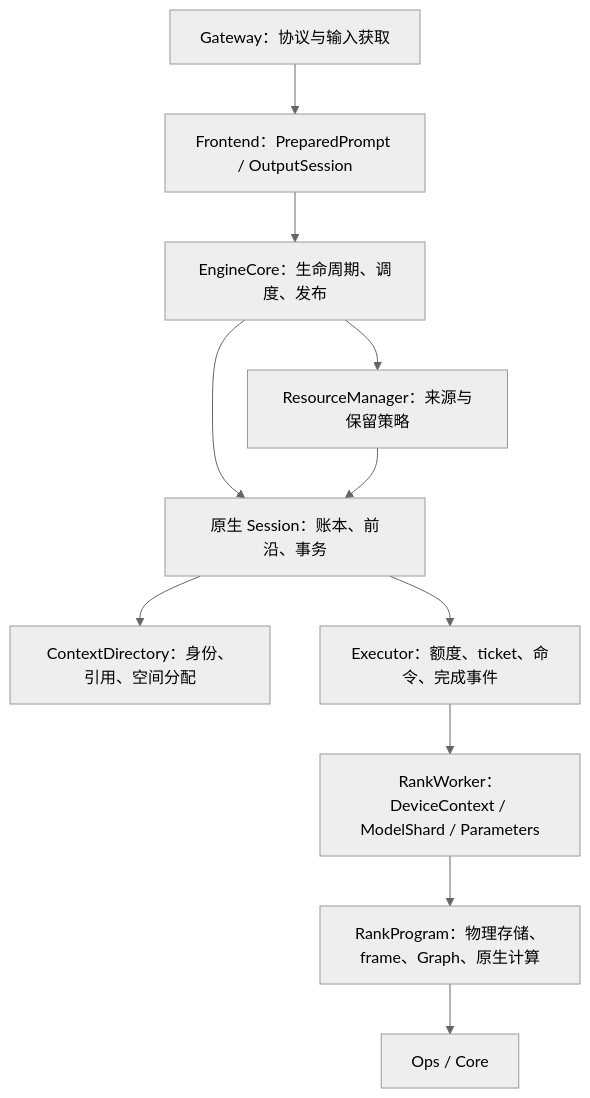
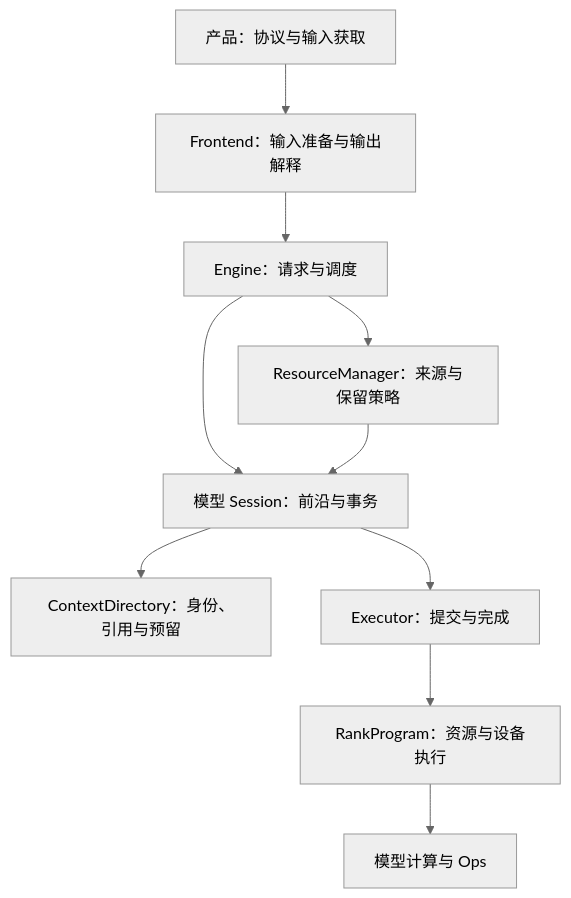
Before and after one commit to Neroued/ninfer: the diagram in docs/maintainer/engine-architecture.md, drawn with Mermaid (neutral theme). The commit also changed other lines of this file and 64 other files, not shown here.

Commit message:
docs(architecture): consolidate internal documentation

````diff
--- a/docs/maintainer/engine-architecture.md
+++ b/docs/maintainer/engine-architecture.md
@@ -51,13 +9,12 @@
 ```mermaid
 flowchart TD
-    G["Gateway：协议与输入获取"] --> F["Frontend：PreparedPrompt / OutputSession"]
-    F --> E["EngineCore：生命周期、调度、发布"]
-    E --> R["ResourceManager：来源与保留策略"]
-    E --> S["原生 Session：账本、前沿、事务"]
+    A[产品：协议与输入获取] --> F[Frontend：输入准备与输出解释]
+    F --> E[Engine：请求与调度]
+    E --> R[ResourceManager：来源与保留策略]
+    E --> S[模型 Session：前沿与事务]
     R --> S
-    S --> D["ContextDirectory：身份、引用、空间分配"]
-    S --> X["Executor：额度、ticket、命令、完成事件"]
-    X --> W["RankWorker：DeviceContext / ModelShard / Parameters"]
-    W --> P["RankProgram：物理存储、frame、Graph、原生计算"]
-    P --> O["Ops / Core"]
+    S --> D[ContextDirectory：身份、引用与预留]
+    S --> X[Executor：提交与完成]
+    X --> P[RankProgram：资源与设备执行]
+    P --> O[模型计算与 Ops]
 ```
````
